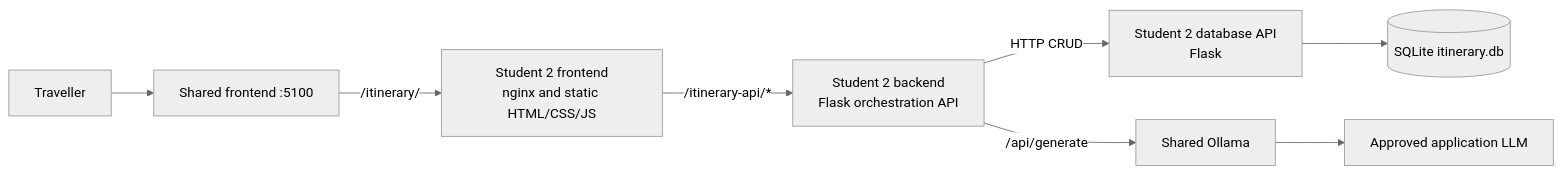
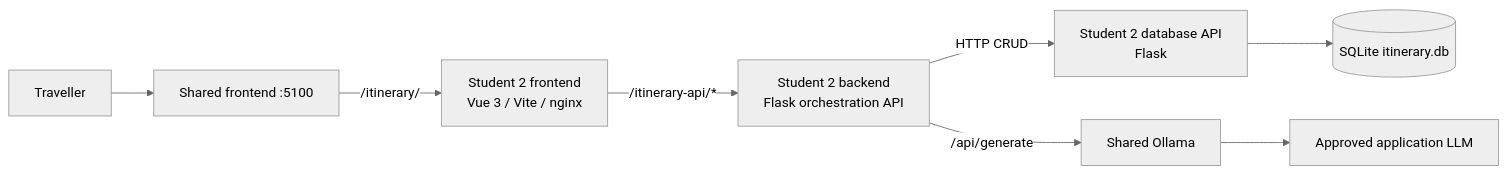
One commit to LucLeMoenic/Advanced-Software-Development-Project changed the first of 6 diagrams in student-2/docs/architecture.md. Above: the diagram before and after it, drawn with Mermaid (neutral theme). The commit also changed 4 other files, not shown here.

First line of the commit message:
docs(student-2): document Vue setup and migration validation

````diff
--- a/student-2/docs/architecture.md
+++ b/student-2/docs/architecture.md
@@ -5,10 +5,10 @@
 ```mermaid
 flowchart LR
     U[Traveller] --> H[Shared frontend :5100]
-    H -->|/itinerary/| F[Student 2 frontend<br/>nginx and static HTML/CSS/JS]
+    H -->|/itinerary/| F[Student 2 frontend<br/>Vue 3 / Vite / nginx]
     F -->|/itinerary-api/*| B[Student 2 backend<br/>Flask orchestration API]
     B -->|HTTP CRUD| D[Student 2 database API<br/>Flask]
     D --> S[(SQLite itinerary.db)]
     B -->|/api/generate| O[Shared Ollama]
     O --> L[Approved application LLM]
 ```
````
